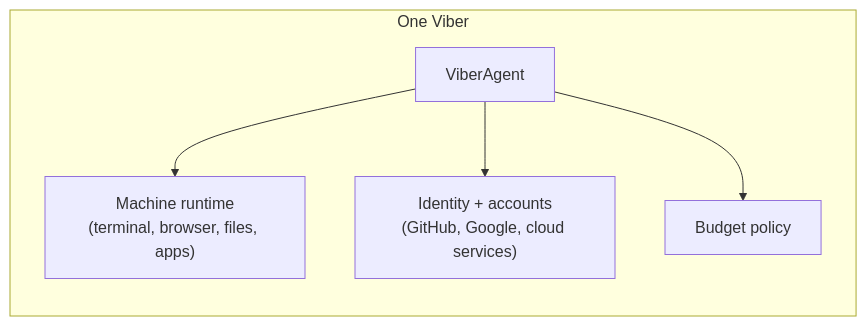
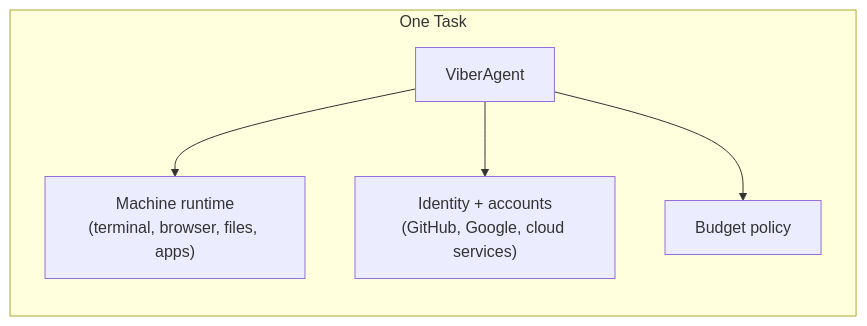
The first of 3 diagrams in docs/design/viber.md (dustland/openviber), drawn with Mermaid before and after one commit. The commit also changed other lines of this file and 16 other files, not shown here.

First line of the commit message:
docs: migrate terminology to Viber (machine) and Task (worker)

````diff
--- a/docs/design/viber.md
+++ b/docs/design/viber.md
@@ -23,13 +23,13 @@
 ```mermaid
 flowchart LR
-    subgraph Viber["One Viber"]
+    subgraph Task["One Task"]
       Agent["ViberAgent"]
       Machine["Machine runtime<br/>(terminal, browser, files, apps)"]
       Identity["Identity + accounts<br/>(GitHub, Google, cloud services)"]
       Budget["Budget policy"]
     end
 
     Agent --> Machine
     Agent --> Identity
     Agent --> Budget
 ```
````
